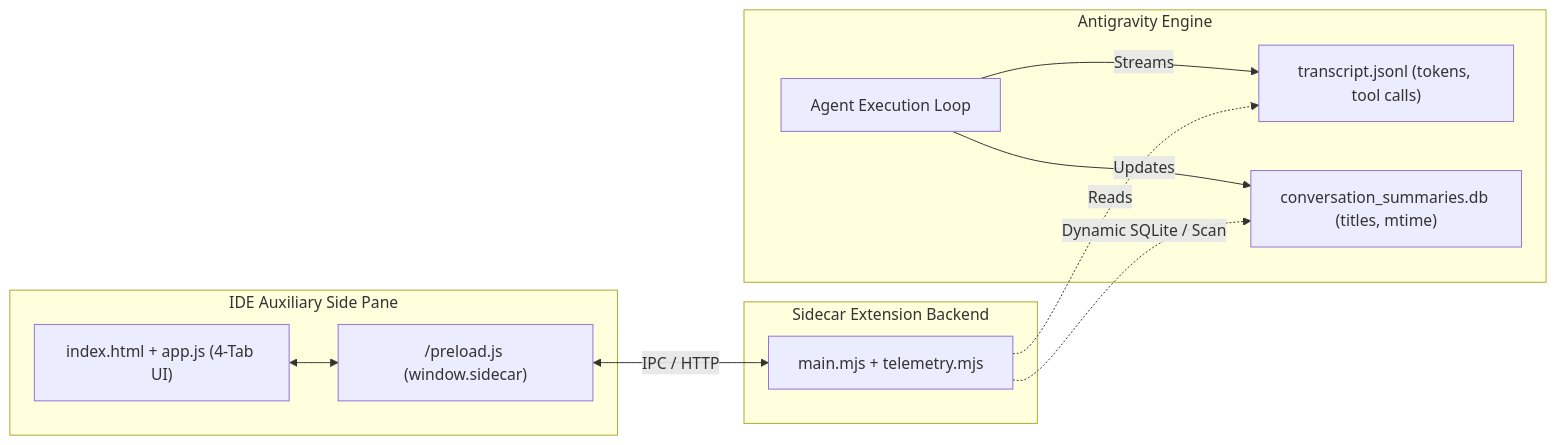
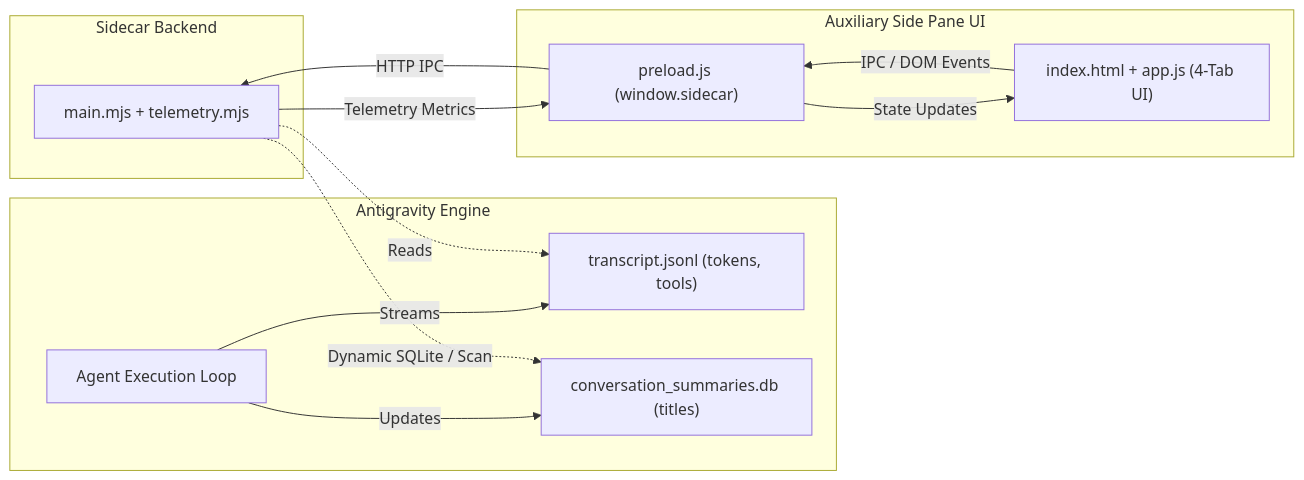
One commit to iamnottheone99/antigravity-observability changed the diagram in README.md. Above: the diagram before and after it, drawn with Mermaid. The commit also changed other lines of this file and 6 other files, not shown here.

Commit message:
docs: render architecture diagram image and remove emojis from README

````diff
--- a/README.md
+++ b/README.md
@@ -43,17 +47,21 @@
 ```mermaid
 flowchart LR
-    subgraph Antigravity Engine
-        Agent[Agent Execution Loop] -->|Streams| Transcript["transcript.jsonl (tokens, tool calls)"]
-        Agent -->|Updates| DB["conversation_summaries.db (titles, mtime)"]
+    subgraph AntigravityEngine["Antigravity Engine"]
+        Agent["Agent Execution Loop"] -->|Streams| Transcript["transcript.jsonl (tokens, tools)"]
+        Agent -->|Updates| DB["conversation_summaries.db (titles)"]
     end
 
-    subgraph Sidecar Extension Backend
+    subgraph SidecarBackend["Sidecar Backend"]
         Backend["main.mjs + telemetry.mjs"] -.->|Reads| Transcript
         Backend -.->|Dynamic SQLite / Scan| DB
     end
 
-    subgraph IDE Auxiliary Side Pane
-        Bridge["/preload.js (window.sidecar)"] <-->|IPC / HTTP| Backend
-        Frontend["index.html + app.js (4-Tab UI)"] <--> Bridge
+    subgraph AuxPane["Auxiliary Side Pane UI"]
+        Bridge["preload.js (window.sidecar)"]
+        Frontend["index.html + app.js (4-Tab UI)"]
+        Frontend -->|IPC / DOM Events| Bridge
+        Bridge -->|HTTP IPC| Backend
+        Backend -->|Telemetry Metrics| Bridge
+        Bridge -->|State Updates| Frontend
     end
 ```
````
